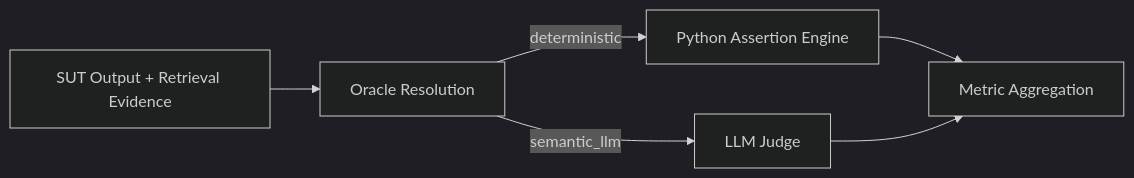
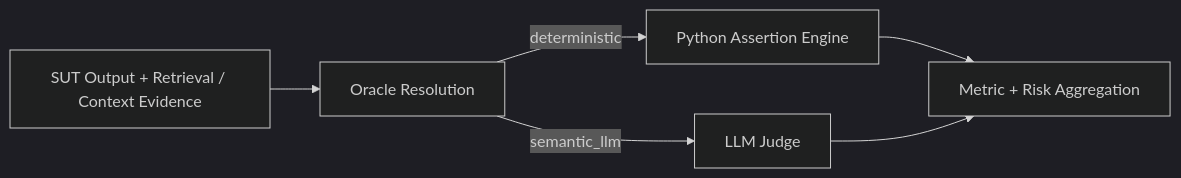
Before and after one commit to oleksandrserhieiev-beep/ai-qe-lab: the fourth of 8 diagrams in docs/master_architecture.md, drawn with Mermaid (dark theme). The commit also changed other lines of this file, not shown here.

Commit message:
docs: align master architecture with focused pipeline documents

````diff
--- a/docs/master_architecture.md
+++ b/docs/master_architecture.md
@@ -96,8 +97,8 @@
 ```mermaid
 flowchart LR
-    OUT["SUT Output + Retrieval Evidence"] --> OR["Oracle Resolution"]
+    OUT["SUT Output + Retrieval / Context Evidence"] --> OR["Oracle Resolution"]
     OR -->|deterministic| PY["Python Assertion Engine"]
     OR -->|semantic_llm| J["LLM Judge"]
-    PY --> AG["Metric Aggregation"]
+    PY --> AG["Metric + Risk Aggregation"]
     J --> AG
 ```
````
